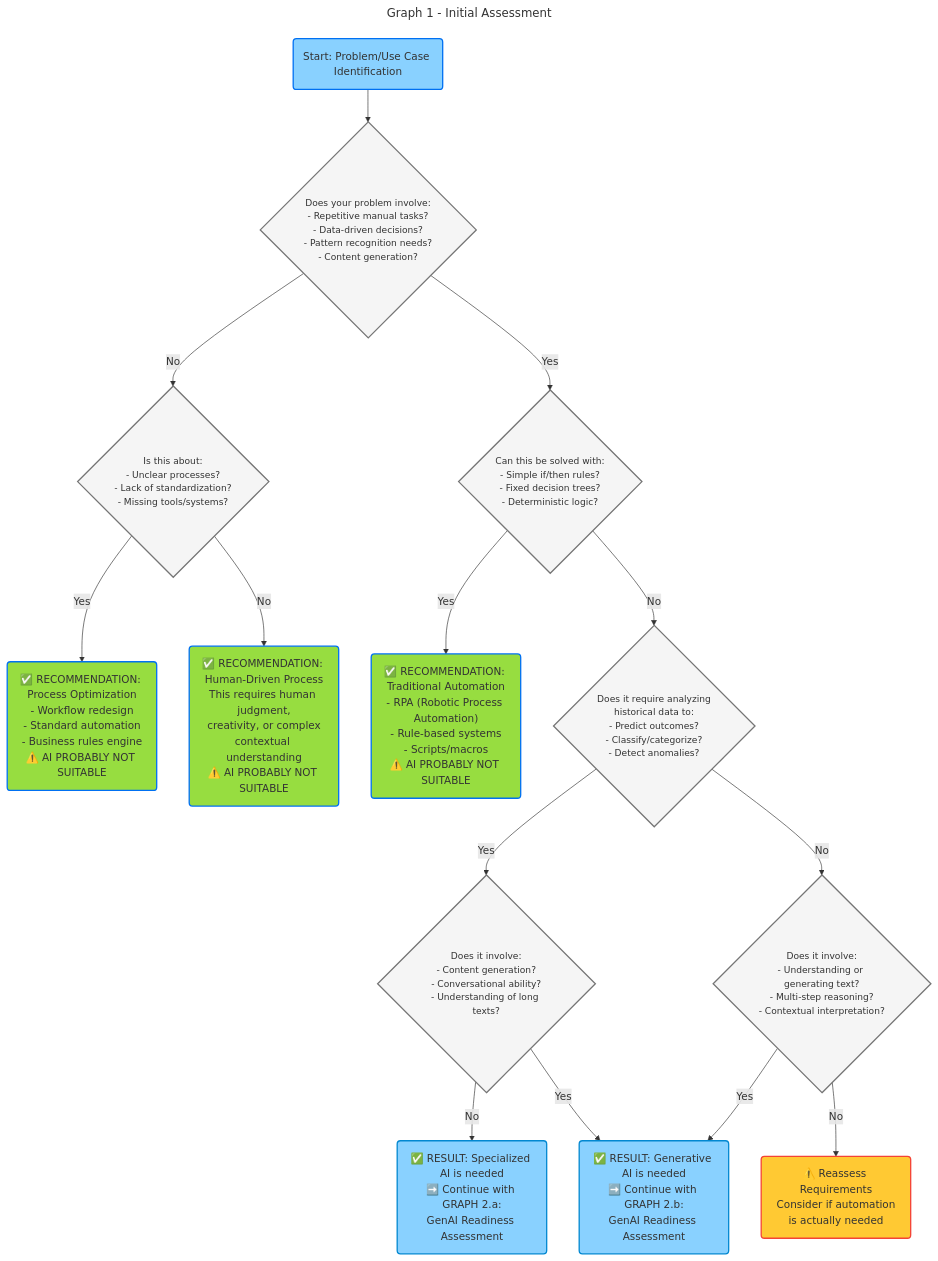
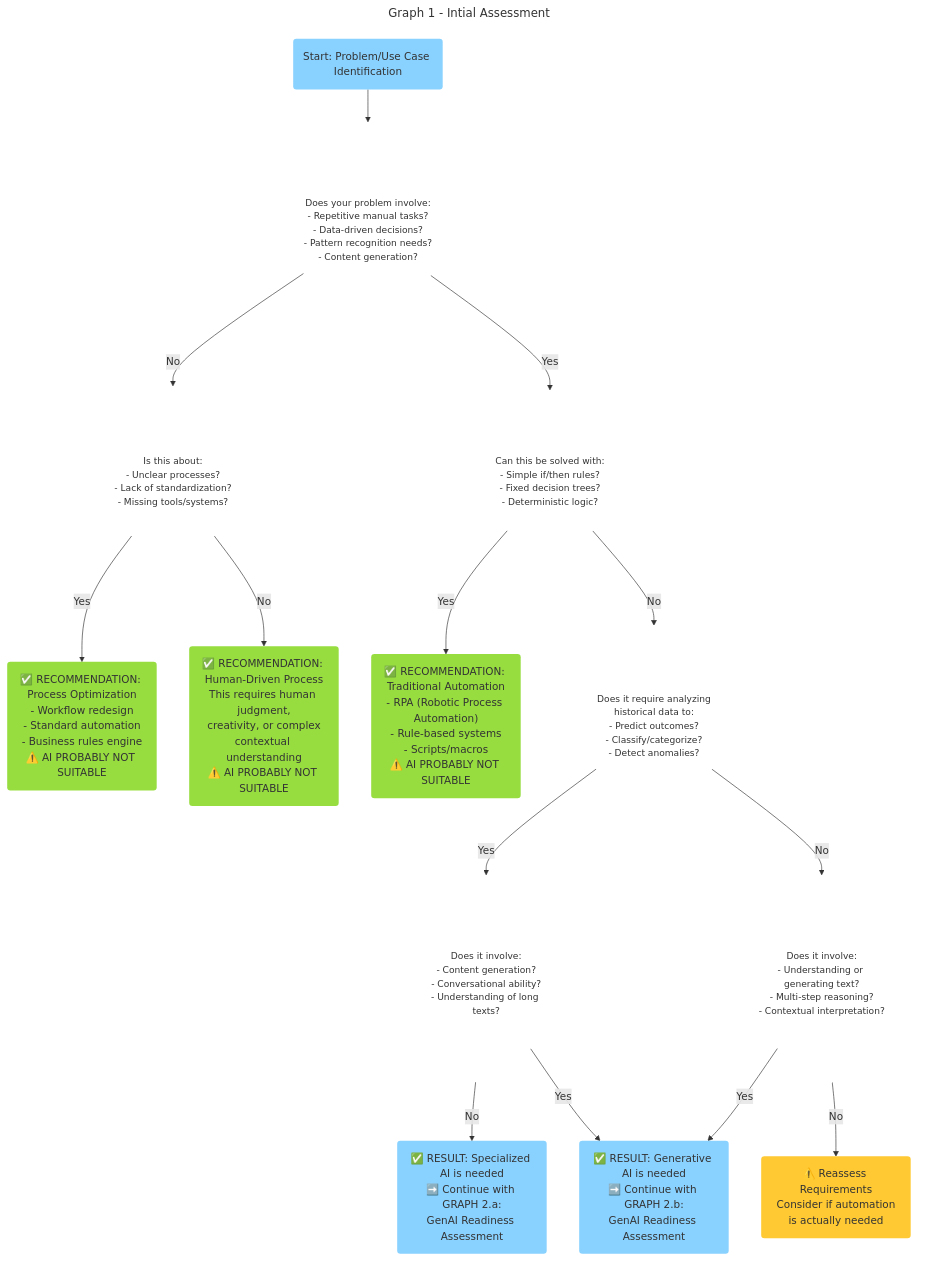
Before and after one commit to SAP/architecture-center: the first of 5 diagrams in docs/golden-path/ai-golden-path/1-technology-overview/readme.md, drawn with Mermaid. The commit also changed other lines of this file and 7 other files, not shown here.

````diff
--- a/docs/golden-path/ai-golden-path/1-technology-overview/readme.md
+++ b/docs/golden-path/ai-golden-path/1-technology-overview/readme.md
@@ -177,56 +180,56 @@
 ```mermaid
 ---
-title: Graph 1 - Initial Assessment
+title: Graph 1 - Intial Assessment
 ---
 flowchart TD
     Start("Start: Problem/Use Case Identification")
 
     %% Initial Assessment Questions
     Start --> Q1{"Does your problem involve:<br>- Repetitive manual tasks?<br>- Data-driven decisions?<br>- Pattern recognition needs?<br>- Content generation?"}
 
     Q1 -->|No|Q2{"Is this about:<br>- Unclear processes?<br>- Lack of standardization?<br>- Missing tools/systems?"}
 
     Q2 -->|Yes|R1
     Q2 -->|No|R2
 
     Q1 -->|Yes|Q3{"Can this be solved with:<br>- Simple if/then rules?<br>- Fixed decision trees?<br>- Deterministic logic?"}
 
     Q3 -->|Yes|R3
     Q3 -->|No|Q4{"Does it require analyzing<br>historical data to:<br>- Predict outcomes?<br>- Classify/categorize?<br>- Detect anomalies?"}
 
     Q4 -->|Yes|Q5{"Does it involve:<br>- Content generation?<br>- Conversational ability?<br>- Understanding of long texts?<br>"}
 
     Q5 -->|No|R4
     Q4 -->|No|Q6{"Does it involve:<br>- Understanding or generating text?<br>- Multi-step reasoning?<br>- Contextual interpretation?"}
 
     Q5 -->|Yes|R5
     Q6 -->|Yes|R5
     Q6 -->|No|R6
 
     %% Results at bottom
     R1("✅ RECOMMENDATION: Process Optimization<br>- Workflow redesign<br>- Standard automation<br>- Business rules engine<br>⚠️ AI PROBABLY NOT SUITABLE")
 
     R2("✅ RECOMMENDATION: Human-Driven Process<br>This requires human judgment,<br>creativity, or complex<br>contextual understanding<br>⚠️ AI PROBABLY NOT SUITABLE")
 
     R3("✅ RECOMMENDATION: Traditional Automation<br>- RPA (Robotic Process Automation)<br>- Rule-based systems<br>- Scripts/macros<br>⚠️ AI PROBABLY NOT SUITABLE")
 
     R4("✅ RESULT: Specialized AI is needed<br>➡️ Continue with GRAPH 2.a:<br>GenAI Readiness Assessment")
 
     R5("✅ RESULT: Generative AI is needed<br>➡️ Continue with GRAPH 2.b:<br>GenAI Readiness Assessment")
 
     R6("⚠️️ Reassess Requirements<br>Consider if automation<br>is actually needed")
 
     %% Styling
-    classDef decision fill:#f5f5f5,stroke:#757575,stroke-width:2px,font-size:14
-    classDef warning fill:#FFC933,stroke:#f44336,stroke-width:2px
-    classDef indicator fill:#B894FF,stroke:#d84315,stroke-width:2px,stroke-dasharray: 3 3
-    classDef continueNext fill:#89D1FF,stroke:#0288d1,stroke-width:2px
-    classDef startNode fill:#89D1FF,stroke:#0070F2,stroke-width:2px
-    classDef recommendation fill:#97DD40,stroke:#0070F2,stroke-width:2px
+    classDef decision fill:#FFF,stroke:#757575,stroke-width:0px,font-size:14
+    classDef warning fill:#FFC933,stroke:#f44336,stroke-width:0px
+    classDef indicator fill:#B894FF,stroke:#d84315,stroke-width:0px,stroke-dasharray: 3 3
+    classDef continueNext fill:#89D1FF,stroke:#0288d1,stroke-width:0px
+    classDef startNode fill:#89D1FF,stroke:#0070F2,stroke-width:0px
+    classDef recommendation fill:#97DD40,stroke:#0070F2,stroke-width:0px
 
     class Start startNode
     class R1,R2,R3 recommendation
     class R4,R5 continueNext
     class R6 warning
     class Q1,Q2,Q3,Q4,Q5,Q6 decision
 ```
````
